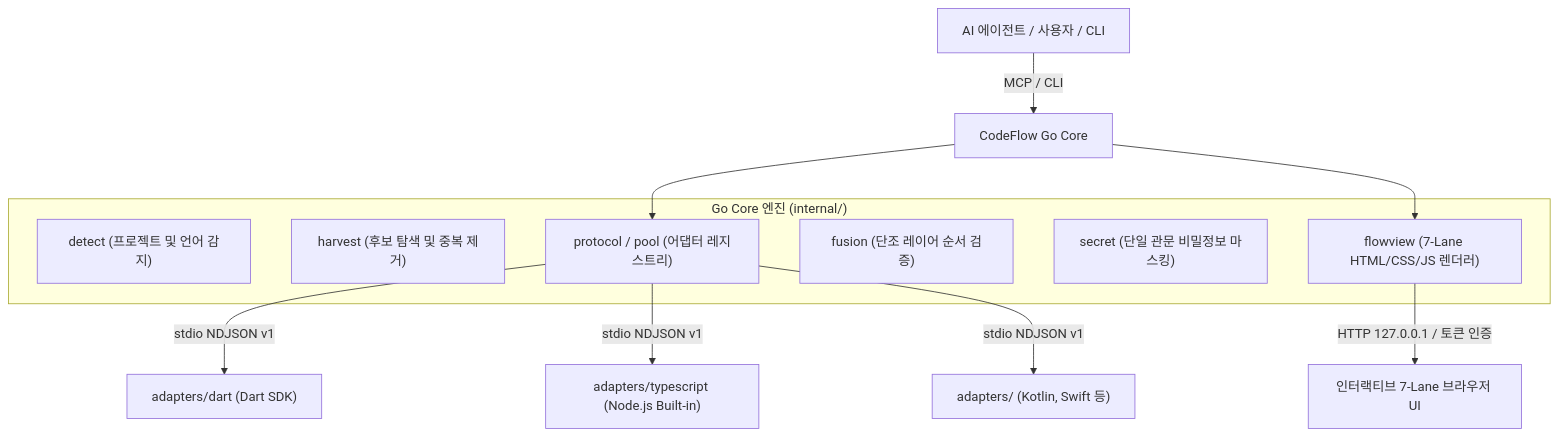
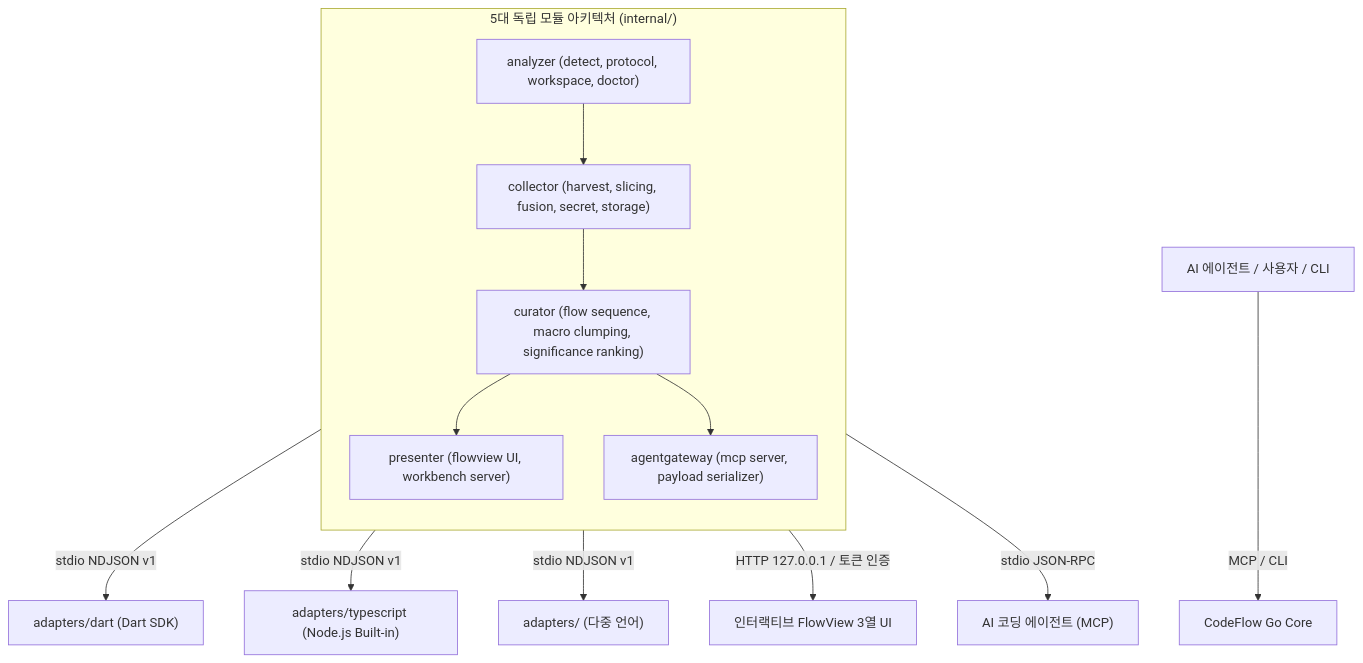
Before and after one commit to cutehackers/codeflow: the diagram in docs/PROJECT-ko.md, drawn with Mermaid. The commit also changed 426 other files, not shown here.

Commit message:
refactor(architecture): prune legacy artifacts and modularize internal into 5 core domains

````diff
--- a/docs/PROJECT-ko.md
+++ b/docs/PROJECT-ko.md
@@ -95,21 +95,25 @@
 ```mermaid
 graph TD
     Client["AI 에이전트 / 사용자 / CLI"] -->|MCP / CLI| Core["CodeFlow Go Core"]
     
-    subgraph Go Core 엔진 ["Go Core 엔진 (internal/)"]
-        Detect["detect (프로젝트 및 언어 감지)"]
-        Harvest["harvest (후보 탐색 및 중복 제거)"]
-        Pool["protocol / pool (어댑터 레지스트리)"]
-        Fusion["fusion (단조 레이어 순서 검증)"]
-        Secret["secret (단일 관문 비밀정보 마스킹)"]
-        FlowView["flowview (7-Lane HTML/CSS/JS 렌더러)"]
+    subgraph Modules ["5대 독립 모듈 아키텍처 (internal/)"]
+        direction TB
+        M1["analyzer (detect, protocol, workspace, doctor)"]
+        M2["collector (harvest, slicing, fusion, secret, storage)"]
+        M3["curator (flow sequence, macro clumping, significance ranking)"]
+        M4["presenter (flowview UI, workbench server)"]
+        M5["agentgateway (mcp server, payload serializer)"]
+        
+        M1 --> M2
+        M2 --> M3
+        M3 --> M4
+        M3 --> M5
     end
     
-    Core --> Pool
-    Pool -->|stdio NDJSON v1| DartAdapter["adapters/dart (Dart SDK)"]
-    Pool -->|stdio NDJSON v1| TSAdapter["adapters/typescript (Node.js Built-in)"]
-    Pool -->|stdio NDJSON v1| OtherAdapters["adapters/<lang> (Kotlin, Swift 등)"]
+    M1 -->|stdio NDJSON v1| DartAdapter["adapters/dart (Dart SDK)"]
+    M1 -->|stdio NDJSON v1| TSAdapter["adapters/typescript (Node.js Built-in)"]
+    M1 -->|stdio NDJSON v1| OtherAdapters["adapters/<lang> (다중 언어)"]
     
-    Core --> FlowView
-    FlowView -->|HTTP 127.0.0.1 / 토큰 인증| Browser["인터랙티브 7-Lane 브라우저 UI"]
+    M4 -->|HTTP 127.0.0.1 / 토큰 인증| Browser["인터랙티브 FlowView 3열 UI"]
+    M5 -->|stdio JSON-RPC| AIAgent["AI 코딩 에이전트 (MCP)"]
 ```
````
